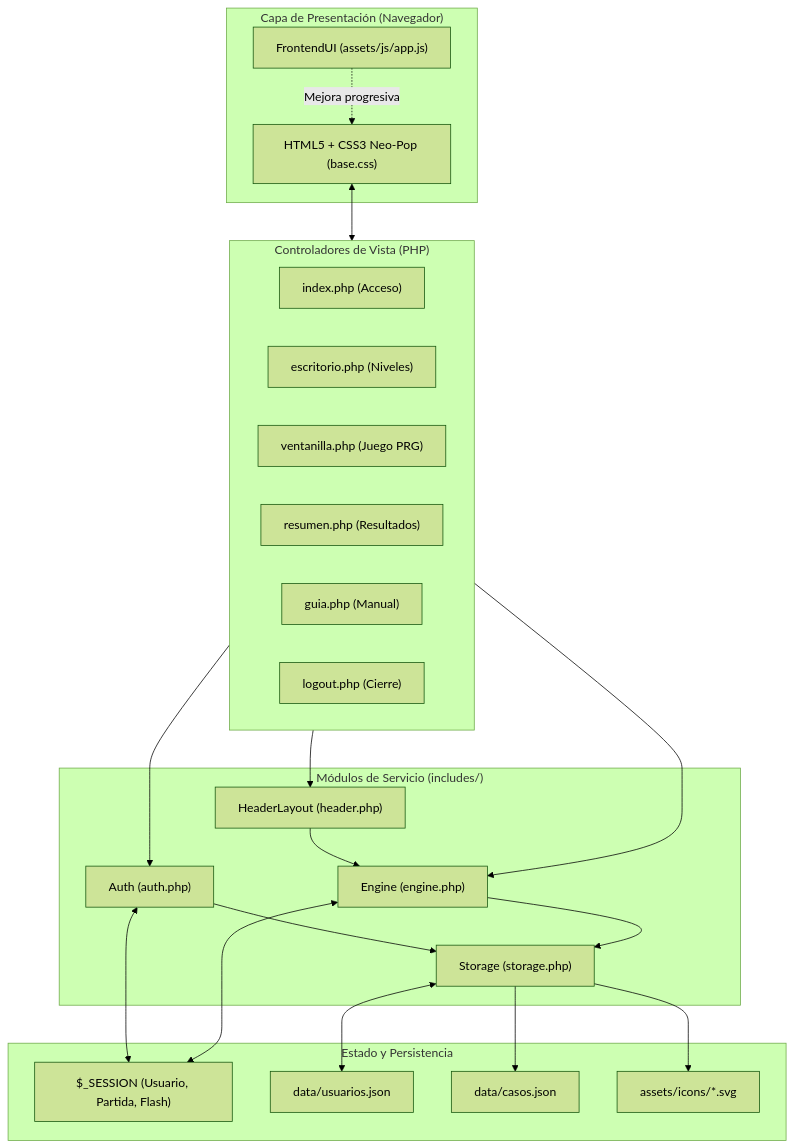
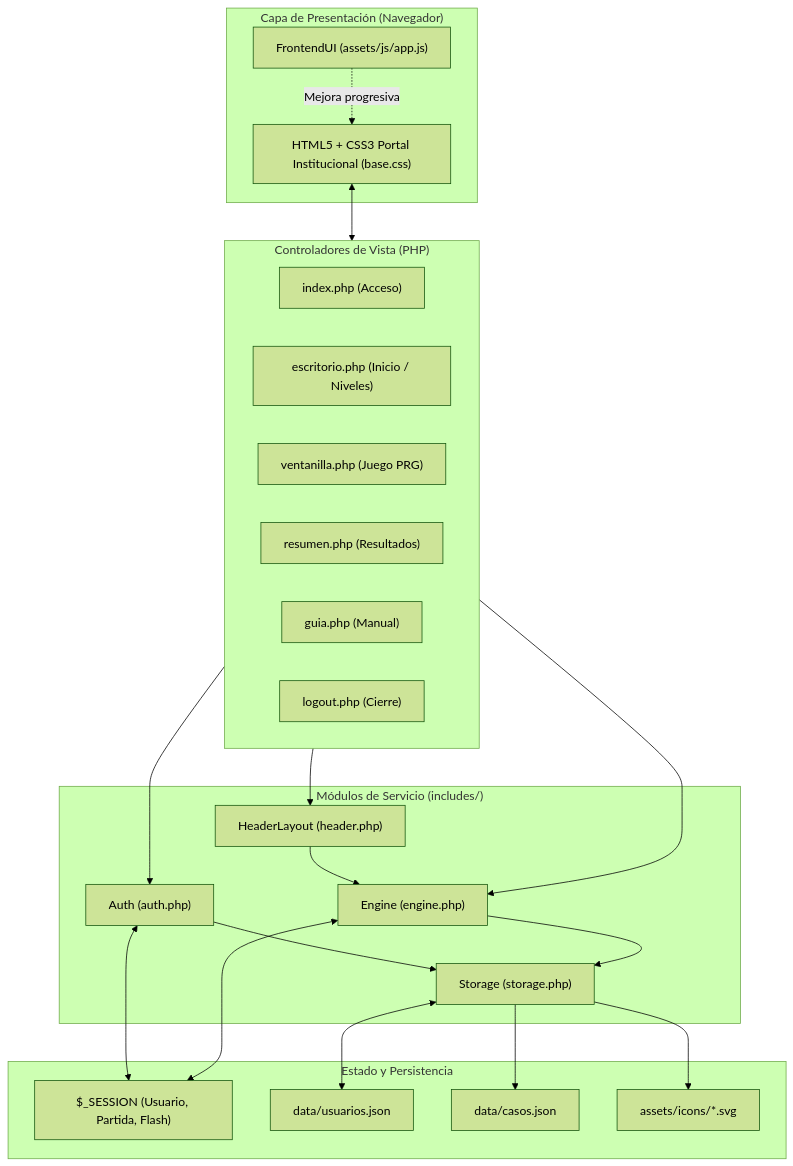
One commit to Josuesitoio/jueguito-pingo changed the first of 3 diagrams in README.md. Above: the diagram before and after it, drawn with Mermaid (forest theme). The commit also changed other lines of this file and 9 other files, not shown here.

Commit message:
Rediseño Portal Institucional (Navy, Steel & Cream) y actualización de README.md

````diff
--- a/README.md
+++ b/README.md
@@ -46,44 +46,44 @@
 ```mermaid
 flowchart TB
     subgraph Cliente["Capa de Presentación (Navegador)"]
-        UI["HTML5 + CSS3 Neo-Pop (base.css)"]
+        UI["HTML5 + CSS3 Portal Institucional (base.css)"]
         JS["FrontendUI (assets/js/app.js)"]
     end
 
     subgraph Vistas["Controladores de Vista (PHP)"]
         IDX["index.php (Acceso)"]
-        ESC["escritorio.php (Niveles)"]
+        ESC["escritorio.php (Inicio / Niveles)"]
         VEN["ventanilla.php (Juego PRG)"]
         RES["resumen.php (Resultados)"]
         GUI["guia.php (Manual)"]
         OUT["logout.php (Cierre)"]
     end
 
     subgraph Modulos["Módulos de Servicio (includes/)"]
         HDR["HeaderLayout (header.php)"]
         AUT["Auth (auth.php)"]
         ENG["Engine (engine.php)"]
         STR["Storage (storage.php)"]
     end
 
     subgraph Datos["Estado y Persistencia"]
         SES["$_SESSION (Usuario, Partida, Flash)"]
         USR["data/usuarios.json"]
         CAS["data/casos.json"]
         SVG["assets/icons/*.svg"]
     end
 
     UI <--> Vistas
     JS -. "Mejora progresiva" .-> UI
     Vistas --> HDR
     Vistas --> AUT
     Vistas --> ENG
     HDR --> ENG
     AUT --> STR
     ENG --> STR
     AUT <--> SES
     ENG <--> SES
     STR <--> USR
     STR --> CAS
     STR --> SVG
 ```
````
